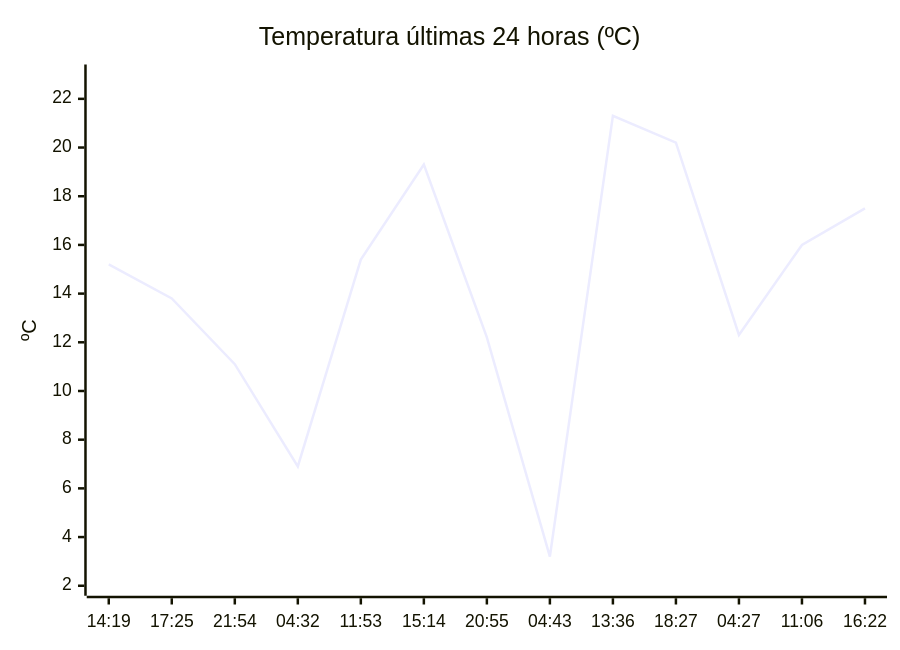
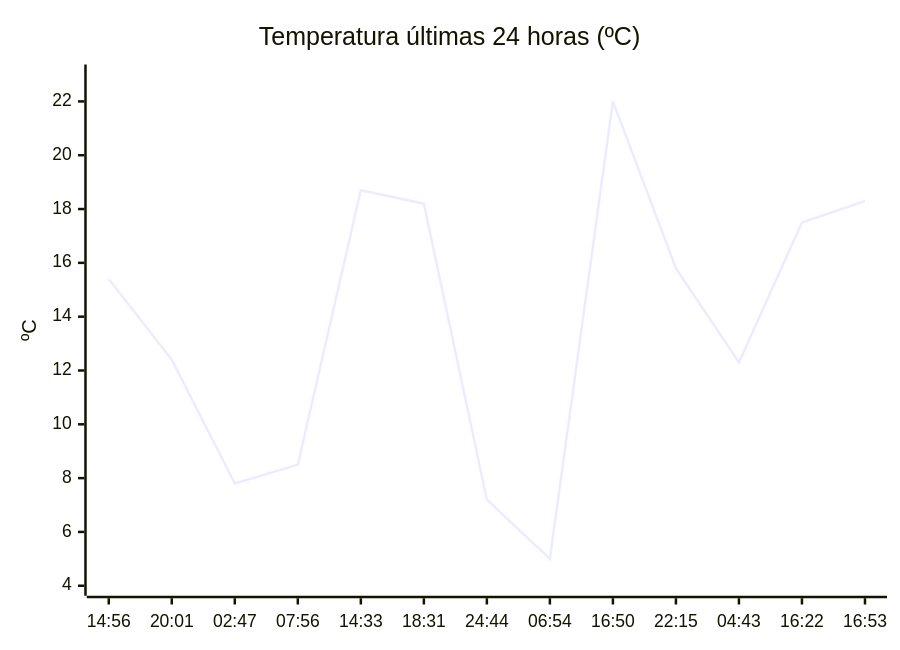
Before and after one commit to solidsnk86/rem-scrap: the diagram in README.md, drawn with Mermaid. The commit also changed other lines of this file, not shown here.

````diff
--- a/README.md
+++ b/README.md
@@ -32,7 +28,7 @@
 ```mermaid
 xychart-beta
     title "Temperatura últimas 24 horas (ºC)"
-    x-axis ["14:19", "17:25", "21:54", "04:32", "11:53", "15:14", "20:55", "04:43", "13:36", "18:27", "04:27", "11:06", "16:22"]
-    y-axis "ºC" 2 --> 23
-    line [15.2, 13.8, 11.1, 6.9, 15.4, 19.3, 12.2, 3.2, 21.3, 20.2, 12.3, 16, 17.5]
+    x-axis ["14:56", "20:01", "02:47", "07:56", "14:33", "18:31", "24:44", "06:54", "16:50", "22:15", "04:43", "16:22", "16:53"]
+    y-axis "ºC" 4 --> 23
+    line [15.4, 12.4, 7.8, 8.5, 18.7, 18.2, 7.2, 5, 22, 15.8, 12.3, 17.5, 18.3]
 ```
````
